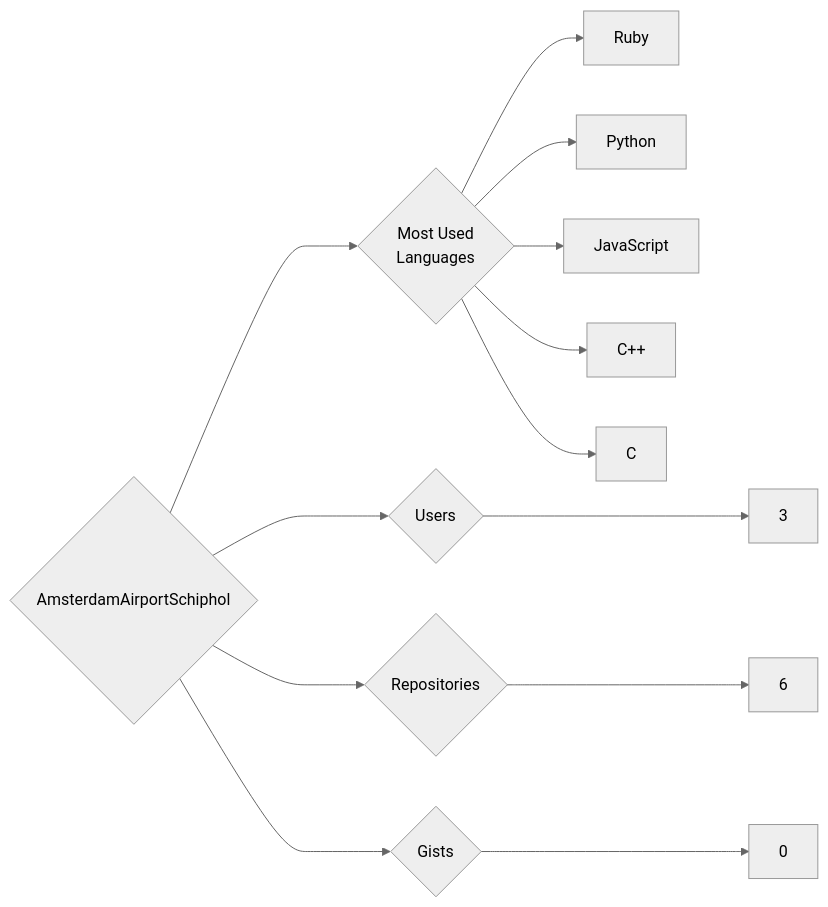
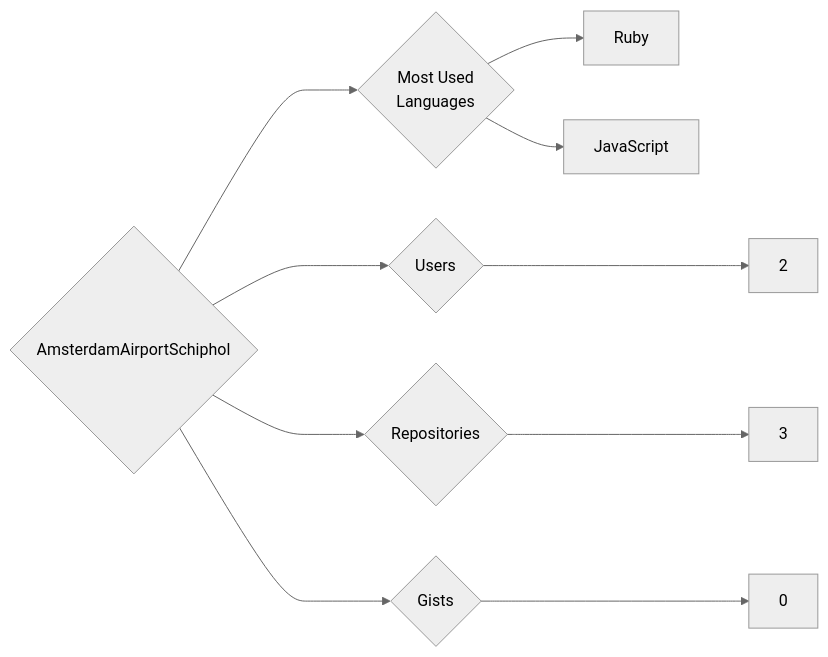
One commit to trickest/insiders changed the diagram in targets/AmsterdamAirportSchiphol/README.md. Above: the diagram before and after it, drawn with Mermaid (neutral theme). The commit also changed 815 other files, not shown here.

````diff
--- a/targets/AmsterdamAirportSchiphol/README.md
+++ b/targets/AmsterdamAirportSchiphol/README.md
@@ -3,13 +3,10 @@
 ```mermaid
 graph LR
 COMPANY_NAME{AmsterdamAirportSchiphol}
-COMPANY_NAME ---> U{Users} ---> UN[3]
-COMPANY_NAME ---> R{Repositories} ---> RN[6]
+COMPANY_NAME ---> U{Users} ---> UN[2]
+COMPANY_NAME ---> R{Repositories} ---> RN[3]
 COMPANY_NAME ---> G{Gists} ---> GN[0]
 COMPANY_NAME ---> ML{Most Used<br>Languages}
 ML --> Ruby[Ruby]
-ML --> Python[Python]
 ML --> JavaScript[JavaScript]
-ML --> C++[C++]
-ML --> C[C]
 ```
````
